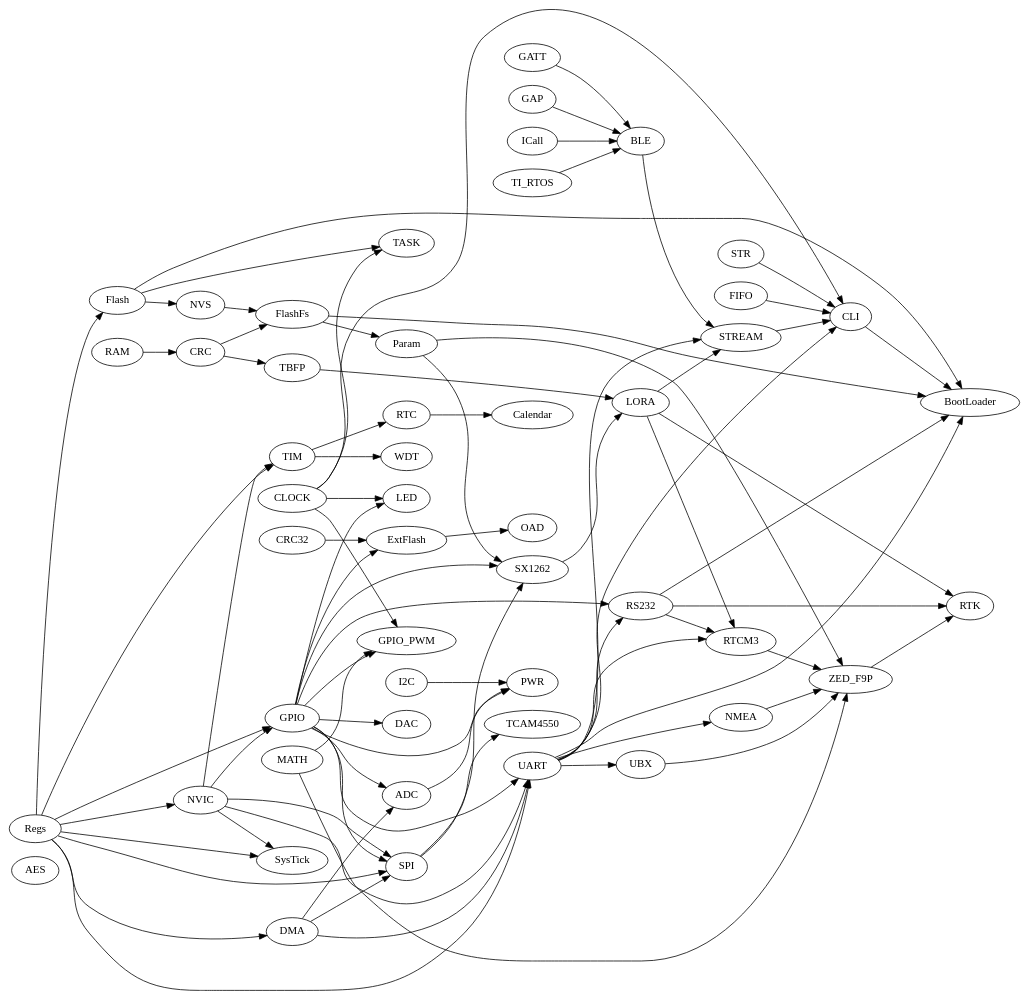
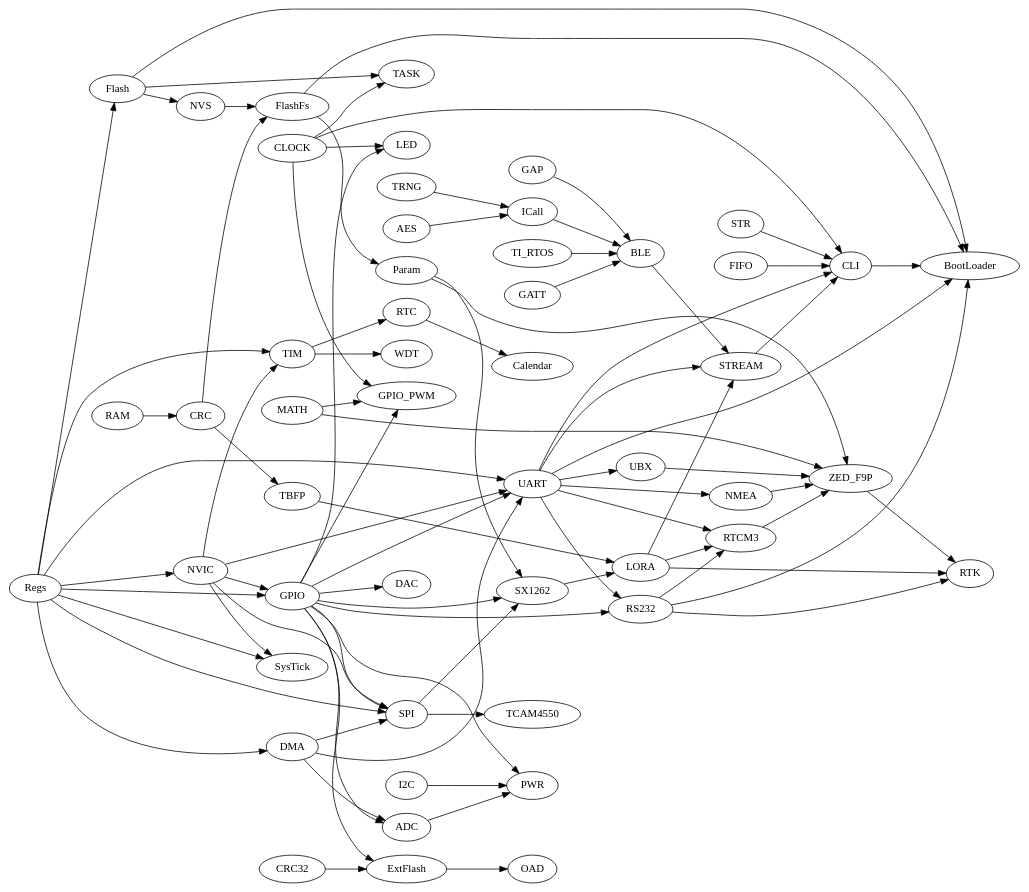
The diagram in docs/dependencies.dot (aabzel/ti_mcu_code_base), drawn with Graphviz before and after one commit. The commit also changed 30 other files, not shown here.

```diff
--- a/docs/dependencies.dot
+++ b/docs/dependencies.dot
@@ -1,84 +1,86 @@
 digraph graphname {
     rankdir=LR;
 	AES;
     CLOCK->CLI;
 	UART->STREAM;
 	LORA->STREAM;
 	BLE->STREAM;
 	RS232->RTK;
 	LORA->RTK;
 	ZED_F9P->RTK;
 	STREAM->CLI
     CLOCK->GPIO_PWM
     CLOCK->LED;
     CLOCK->TASK;
     Flash->TASK;
+	AES->ICall;
+	TRNG->ICall;
 	ICall->BLE;
 	TI_RTOS->BLE;
 	GATT->BLE;
 	GAP->BLE;
 	GPIO->ExtFlash;
 	CRC32->ExtFlash;
 	ExtFlash->OAD;
     CRC->FlashFs;
     CRC -> TBFP;
     DMA->SPI;
     DMA->UART;
     DMA->ADC;
     FIFO->CLI;
     Flash->NVS;
     FlashFs->Param;
     GPIO->SPI;
     GPIO->UART;
     GPIO->ADC;
     GPIO->DAC;
     GPIO->GPIO_PWM;
     GPIO->LED;
     GPIO->PWR;
 	ADC->PWR;
     GPIO->RS232;
     GPIO->SX1262;
     I2C->PWR;
     LORA->RTCM3;
     MATH->GPIO_PWM;
     MATH->ZED_F9P;
     NMEA->ZED_F9P;
     NVIC->SPI;
     NVIC->UART;
     NVIC->SysTick;
     NVIC->TIM;
     NVIC->GPIO;
     NVS->FlashFs;
     Param->SX1262;
     Param->ZED_F9P;
     RAM->CRC;
     RS232->RTCM3;
     RTC->Calendar;
     RTCM3->ZED_F9P;
     Regs->SPI;
     Regs->UART;
     Regs->DMA;
     Regs->Flash;
     Regs->GPIO;
     Regs->NVIC;
     Regs->SysTick;
     Regs->TIM;
     SPI->SX1262;
     SPI->TCAM4550;
     STR->CLI;
     SX1262->LORA;
     TBFP->LORA;
     TIM->RTC;
     TIM->WDT;
     Flash->BootLoader;
     UART->BootLoader;
     FlashFs->BootLoader;
     CLI->BootLoader;
     RS232->BootLoader;
     UART->CLI;
     UART->NMEA;
     UART->RS232;
     UART->RTCM3;
     UART->UBX;
     UBX->ZED_F9P;
 }
```
